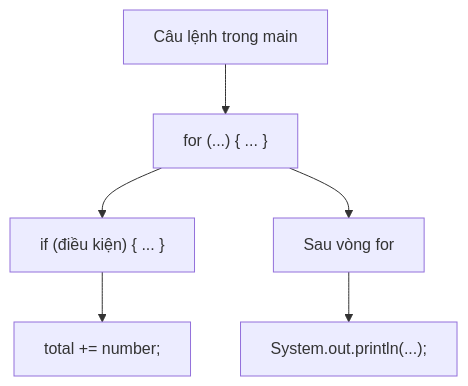
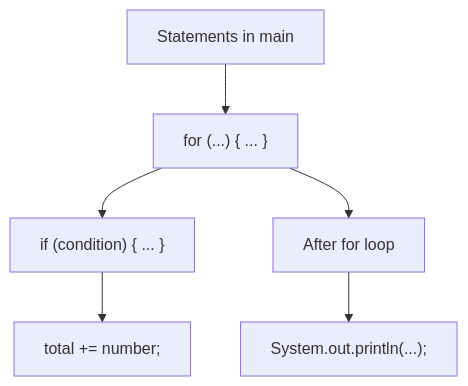
The diagram in module/platform/development/programming/language/java/core/language-basics/content/knowledge/en/3.program-structure/program-structure-004.md (phuongnguyenit93/learning-platform-data), drawn with Mermaid before and after one commit. The commit also changed other lines of this file and 2307 other files, not shown here.

```diff
--- a/module/platform/development/programming/language/java/core/language-basics/content/knowledge/en/3.program-structure/program-structure-004.md
+++ b/module/platform/development/programming/language/java/core/language-basics/content/knowledge/en/3.program-structure/program-structure-004.md
@@ -22,8 +22,8 @@
 ~~~mermaid
 flowchart TD
-    A["Câu lệnh trong main"] --> B["for (...) { ... }"]
-    B --> C["if (điều kiện) { ... }"]
+    A["Statements in main"] --> B["for (...) { ... }"]
+    B --> C["if (condition) { ... }"]
     C --> D["total += number;"]
-    B --> E["Sau vòng for"]
+    B --> E["After for loop"]
     E --> F["System.out.println(...);"]
 ~~~
```
